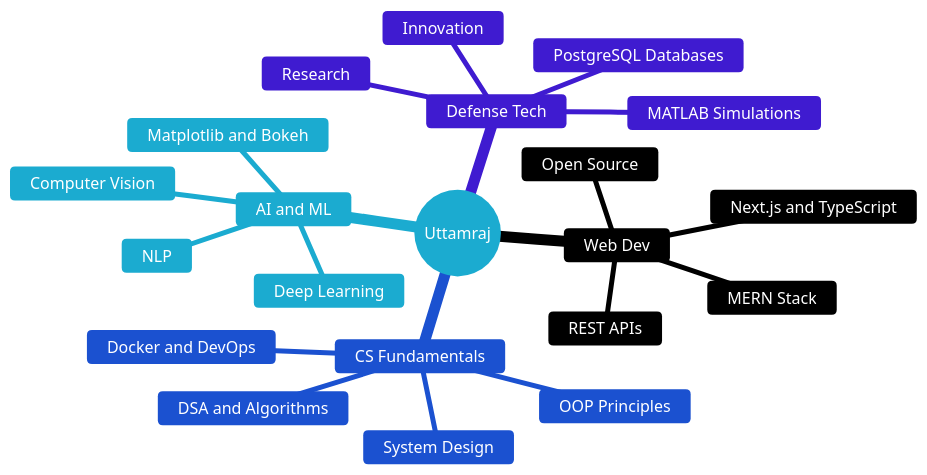
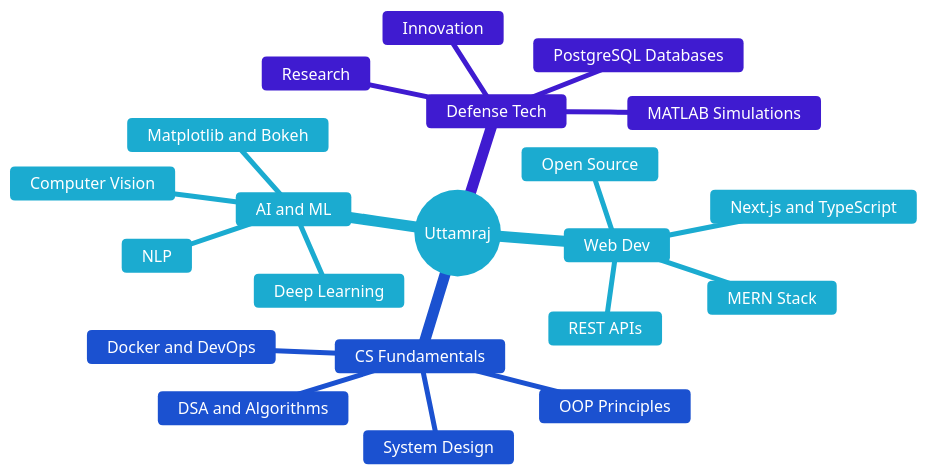
The diagram in README.md (codexuttam/codexuttam), drawn with Mermaid before and after one commit.

Commit message:
style: update mermaid chart tertiary color

````diff
--- a/README.md
+++ b/README.md
@@ -187,43 +187,43 @@
 ```mermaid
 %%{init: {
   'theme': 'base',
   'themeVariables': {
     'primaryColor': '#7cd7eeff',
     'primaryTextColor': '#ffffff',
     'primaryBorderColor': '#58A6FF',
     'lineColor': '#58A6FF',
     'secondaryColor': '#7cd7eeff',
     'secondaryTextColor': '#ffffff',
     'secondaryBorderColor': '#9B59B6',
-    'tertiaryColor': '#1a3d2f',
+    'tertiaryColor': '#7cd7eeff',
     'tertiaryTextColor': '#ffffff',
     'tertiaryBorderColor': '#2ecc71',
     'background': '#7cd7eeff',
     'edgeLabelBackground': '#7cd7eeff',
     'titleColor': '#58A6FF',
     'fontFamily': 'monospace'
   }
 }}%%
 mindmap
   root((Uttamraj))
     AI and ML
       Deep Learning
       Computer Vision
       NLP
       Matplotlib and Bokeh
     Web Dev
       MERN Stack
       Next.js and TypeScript
       REST APIs
       Open Source
     CS Fundamentals
       DSA and Algorithms
       OOP Principles
       System Design
       Docker and DevOps
     Defense Tech
       Research
       Innovation
       MATLAB Simulations
       PostgreSQL Databases
 ```
````
